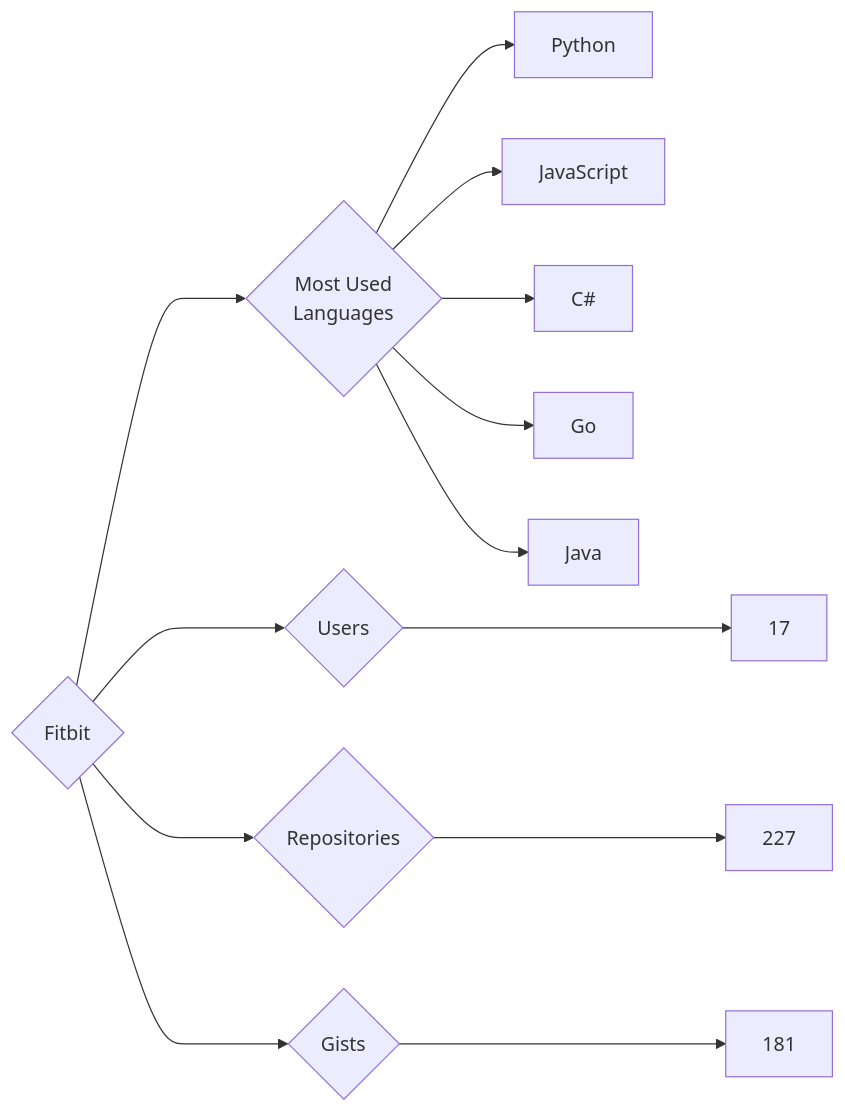
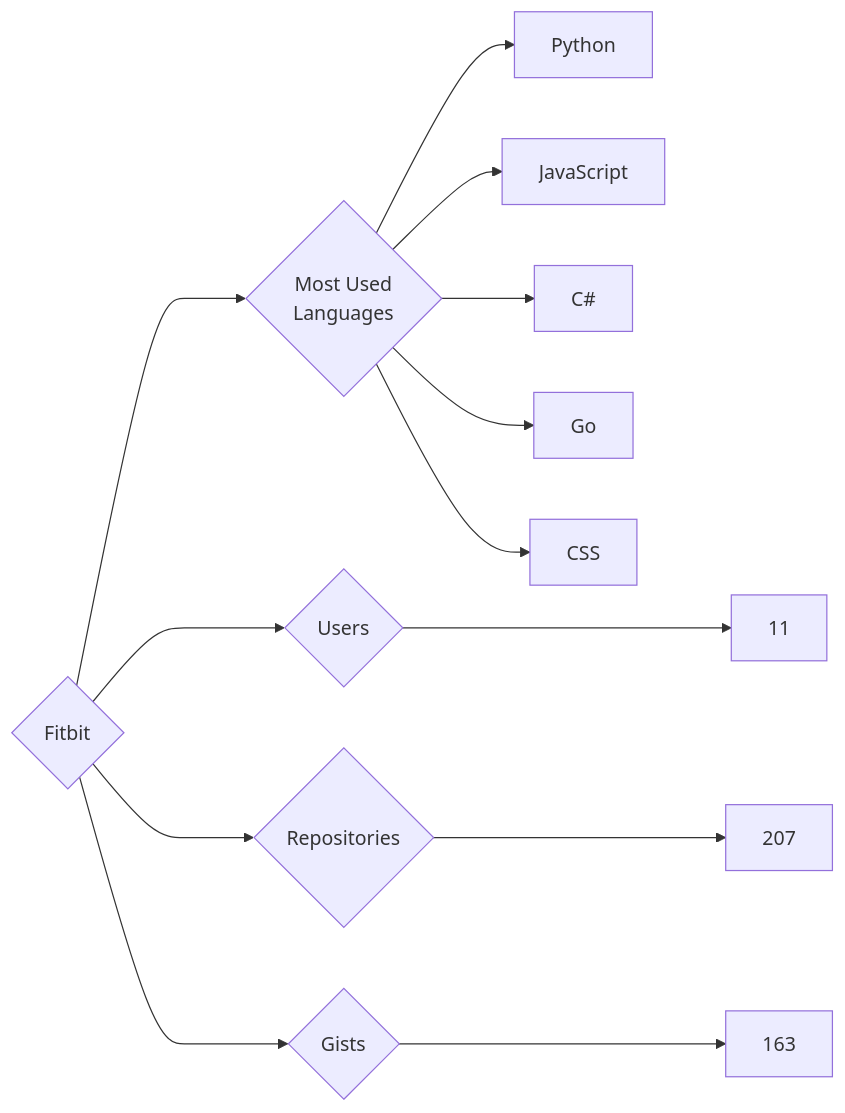
Before and after one commit to trickest/insiders: the diagram in targets/Fitbit/README.md, drawn with Mermaid. The commit also changed 676 other files, not shown here.

````diff
--- a/targets/Fitbit/README.md
+++ b/targets/Fitbit/README.md
@@ -3,13 +3,13 @@
 ```mermaid
 graph LR
 COMPANY_NAME{Fitbit}
-COMPANY_NAME ---> U{Users} ---> UN[17]
-COMPANY_NAME ---> R{Repositories} ---> RN[227]
-COMPANY_NAME ---> G{Gists} ---> GN[181]
+COMPANY_NAME ---> U{Users} ---> UN[11]
+COMPANY_NAME ---> R{Repositories} ---> RN[207]
+COMPANY_NAME ---> G{Gists} ---> GN[163]
 COMPANY_NAME ---> ML{Most Used<br>Languages}
 ML --> Python[Python]
 ML --> JavaScript[JavaScript]
 ML --> C#[C#]
 ML --> Go[Go]
-ML --> Java[Java]
+ML --> CSS[CSS]
 ```
````
